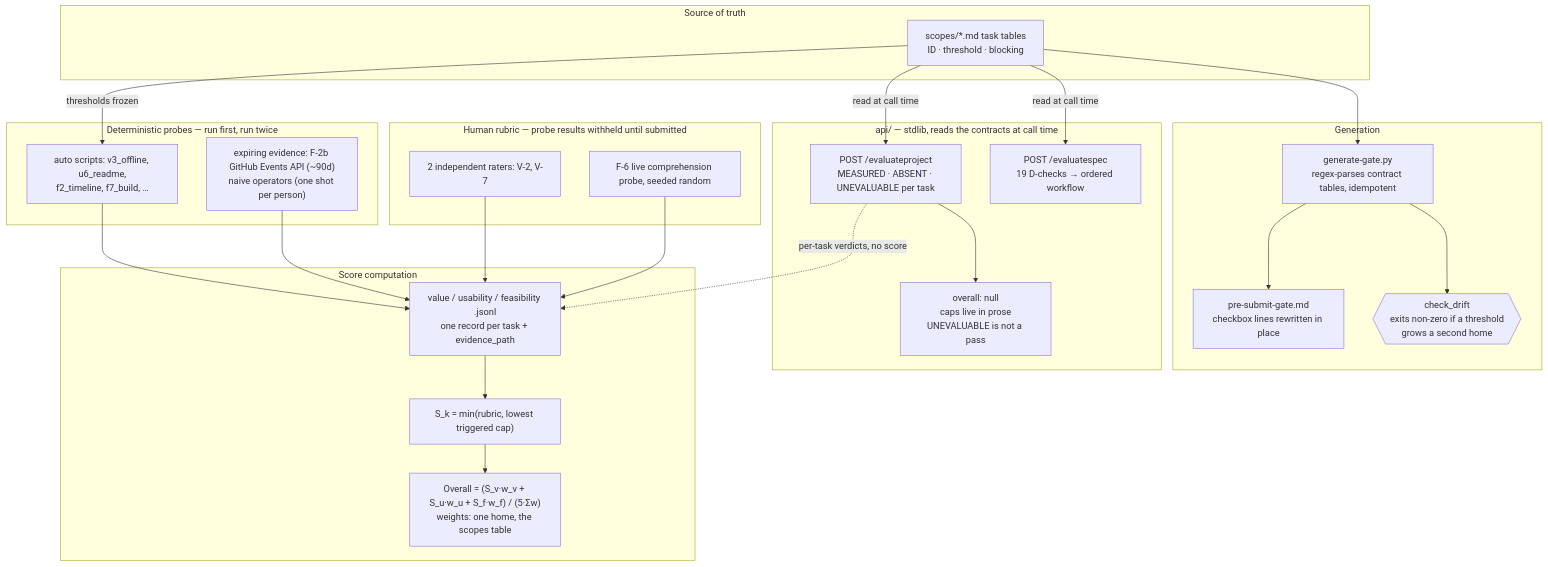
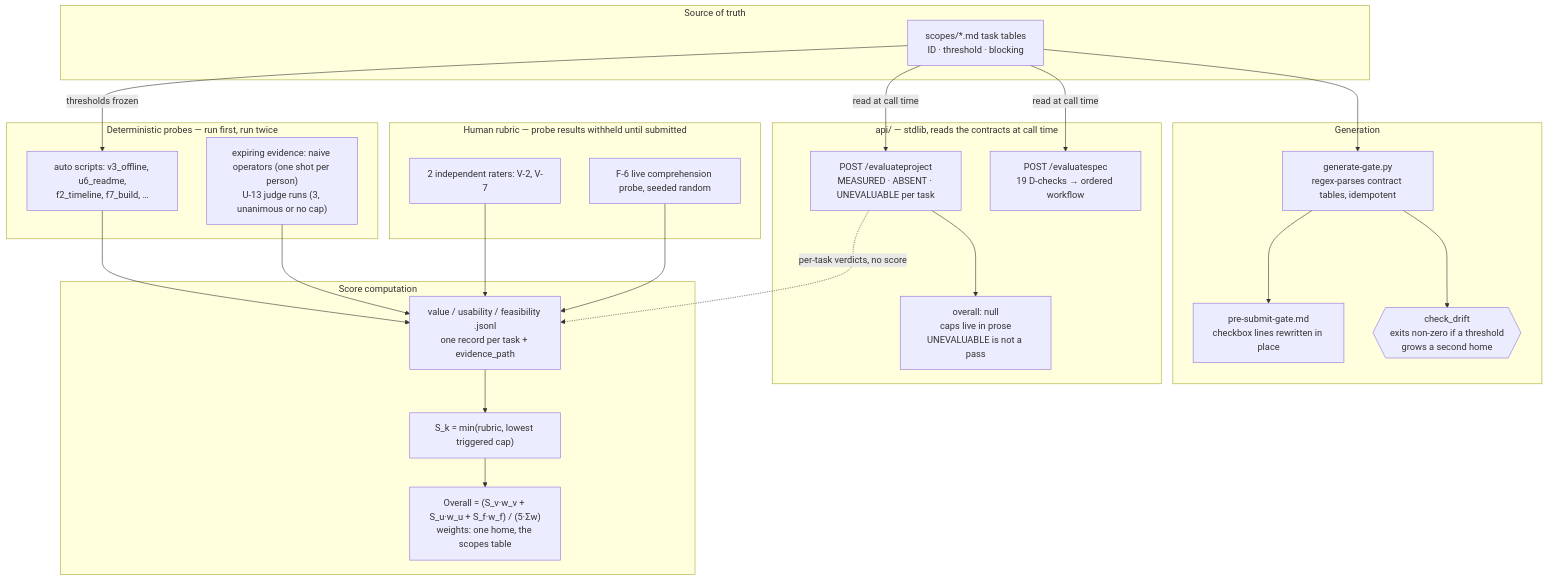
One commit to ishamishra0408/WinningHackProjects changed the second of 2 diagrams in README.md. Above: the diagram before and after it, drawn with Mermaid. The commit also changed other lines of this file and 16 other files, not shown here.

````diff
--- a/README.md
+++ b/README.md
@@ -100,47 +100,47 @@
 ```mermaid
 flowchart TD
     subgraph SSOT["Source of truth"]
         C[scopes/*.md task tables<br/>ID · threshold · blocking]
     end
 
     subgraph Generation
         GG[generate-gate.py<br/>regex-parses contract tables, idempotent]
         PSG[pre-submit-gate.md<br/>checkbox lines rewritten in place]
         DRIFT{{check_drift<br/>exits non-zero if a threshold<br/>grows a second home}}
     end
 
     subgraph Probes["Deterministic probes — run first, run twice"]
         AUTO[auto scripts: v3_offline, u6_readme,<br/>f2_timeline, f7_build, …]
-        EXP["expiring evidence: F-2b GitHub Events API (~90d)<br/>naive operators (one shot per person)"]
+        EXP["expiring evidence: naive operators (one shot per person)<br/>U-13 judge runs (3, unanimous or no cap)"]
     end
 
     subgraph Humans["Human rubric — probe results withheld until submitted"]
         RAT[2 independent raters: V-2, V-7]
         F6[F-6 live comprehension probe, seeded random]
     end
 
     subgraph Serve["api/ — stdlib, reads the contracts at call time"]
         EP1["POST /evaluateproject<br/>MEASURED · ABSENT · UNEVALUABLE per task"]
         EP2["POST /evaluatespec<br/>19 D-checks → ordered workflow"]
         REF["overall: null<br/>caps live in prose<br/>UNEVALUABLE is not a pass"]
     end
 
     subgraph Compute["Score computation"]
         JSONL[value / usability / feasibility .jsonl<br/>one record per task + evidence_path]
         CAPS["S_k = min(rubric, lowest triggered cap)"]
         OVR["Overall = (S_v·w_v + S_u·w_u + S_f·w_f) / (5·Σw)<br/>weights: one home, the scopes table"]
     end
 
     C --> GG --> PSG
     GG --> DRIFT
     C -->|read at call time| EP1
     C -->|read at call time| EP2
     EP1 --> REF
     C -->|thresholds frozen| AUTO
     AUTO --> JSONL
     EXP --> JSONL
     RAT --> JSONL
     F6 --> JSONL
     JSONL --> CAPS --> OVR
     EP1 -.->|per-task verdicts, no score| JSONL
 ```
````
